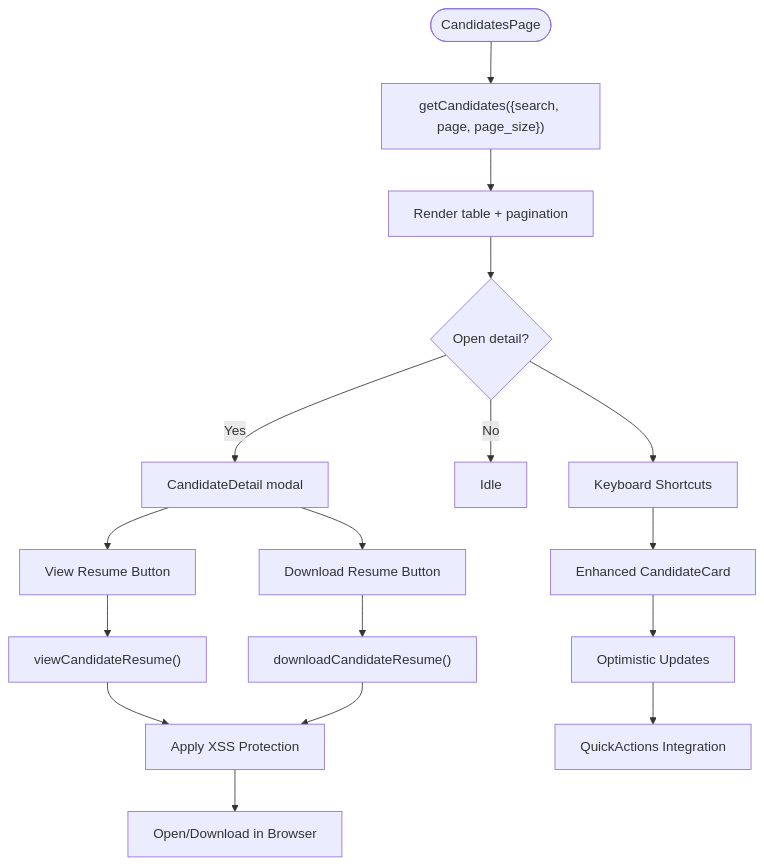
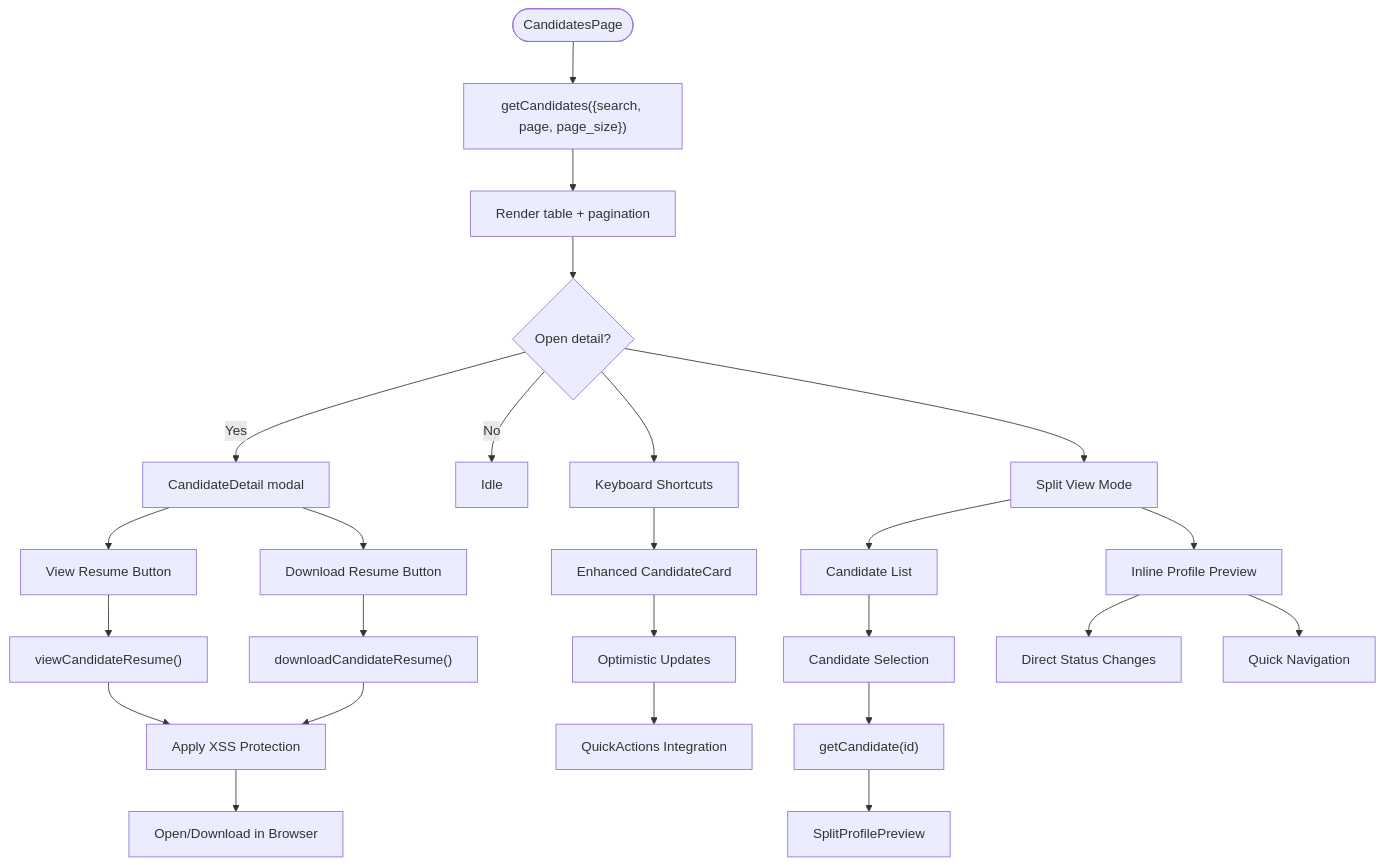
One commit to Revanththetalogics/aireume changed diagram 22 of 29 in .qoder/repowiki/en/content/Frontend Architecture/Frontend Architecture.md. Above: the diagram before and after it, drawn with Mermaid. The commit also changed other lines of this file and 7 other files, not shown here.

````diff
--- a/.qoder/repowiki/en/content/Frontend Architecture/Frontend Architecture.md
+++ b/.qoder/repowiki/en/content/Frontend Architecture/Frontend Architecture.md
@@ -1755,19 +1267,27 @@
 ```mermaid
 flowchart TD
 Start(["CandidatesPage"]) --> Fetch["getCandidates({search, page, page_size})"]
 Fetch --> Render["Render table + pagination"]
 Render --> Detail{"Open detail?"}
 Detail --> |Yes| Modal["CandidateDetail modal"]
 Modal --> ViewBtn["View Resume Button"]
 Modal --> DownloadBtn["Download Resume Button"]
 ViewBtn --> ViewAPI["viewCandidateResume()"]
 DownloadBtn --> DownloadAPI["downloadCandidateResume()"]
 ViewAPI --> SEC["Apply XSS Protection"]
 DownloadAPI --> SEC
 SEC --> Browser["Open/Download in Browser"]
 Detail --> |No| Idle["Idle"]
 Detail --> Keyboard["Keyboard Shortcuts"]
 Keyboard --> CandidateCards["Enhanced CandidateCard"]
 CandidateCards --> Optimistic["Optimistic Updates"]
 Optimistic --> QuickActions["QuickActions Integration"]
+Detail --> SplitView["Split View Mode"]
+SplitView --> CandidateList["Candidate List"]
+SplitView --> InlinePreview["Inline Profile Preview"]
+CandidateList --> Selection["Candidate Selection"]
+Selection --> LoadProfile["getCandidate(id)"]
+LoadProfile --> ShowPreview["SplitProfilePreview"]
+InlinePreview --> DirectActions["Direct Status Changes"]
+InlinePreview --> QuickNav["Quick Navigation"]
 ```
````
